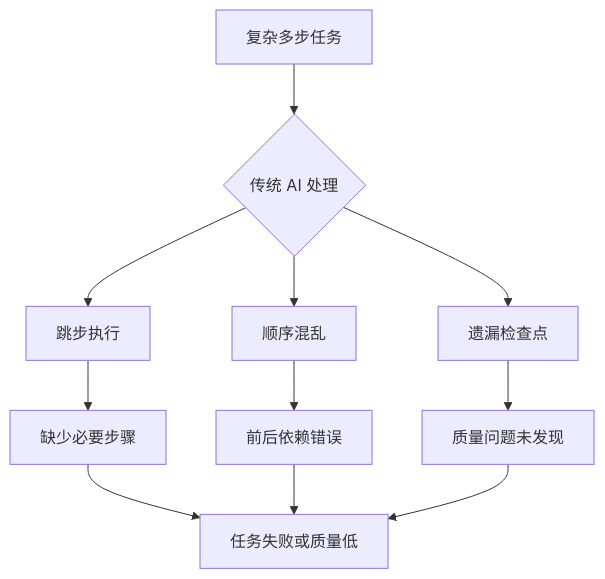
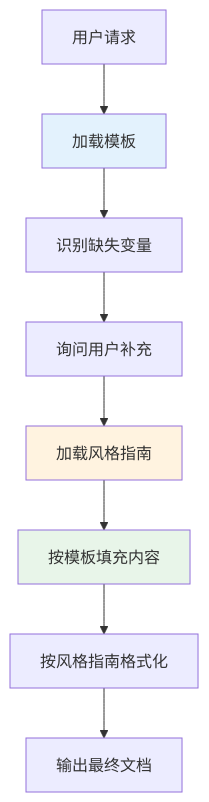
One commit to JackSmith111977/Knowledge-Base changed the second of 6 diagrams in Tech/AI/SKILL/Google 5 种设计模式核心知识体系.md. Above: the diagram before and after it, drawn with Mermaid. The commit also changed other lines of this file and 10 other files, not shown here.

````diff
--- a/Tech/AI/SKILL/Google 5 种设计模式核心知识体系.md
+++ b/Tech/AI/SKILL/Google 5 种设计模式核心知识体系.md
@@ -641,14 +350,14 @@
 ```mermaid
-graph TB
-    A[复杂多步任务] --> B{传统 AI 处理}
+flowchart TD
+    A[用户请求] --> B[加载模板]
+    B --> C[识别缺失变量]
+    C --> D[询问用户补充]
+    D --> E[加载风格指南]
+    E --> F[按模板填充内容]
+    F --> G[按风格指南格式化]
+    G --> H[输出最终文档]
     
-    B --> C[跳步执行]
-    B --> D[顺序混乱]
-    B --> E[遗漏检查点]
-    
-    C --> F1[缺少必要步骤]
-    D --> F2[前后依赖错误]
-    E --> F3[质量问题未发现]
-    
-    F1 & F2 & F3 --> G[任务失败或质量低]
+    style B fill:#e3f2fd
+    style E fill:#fff3e0
+    style F fill:#e8f5e9
 ```
````
